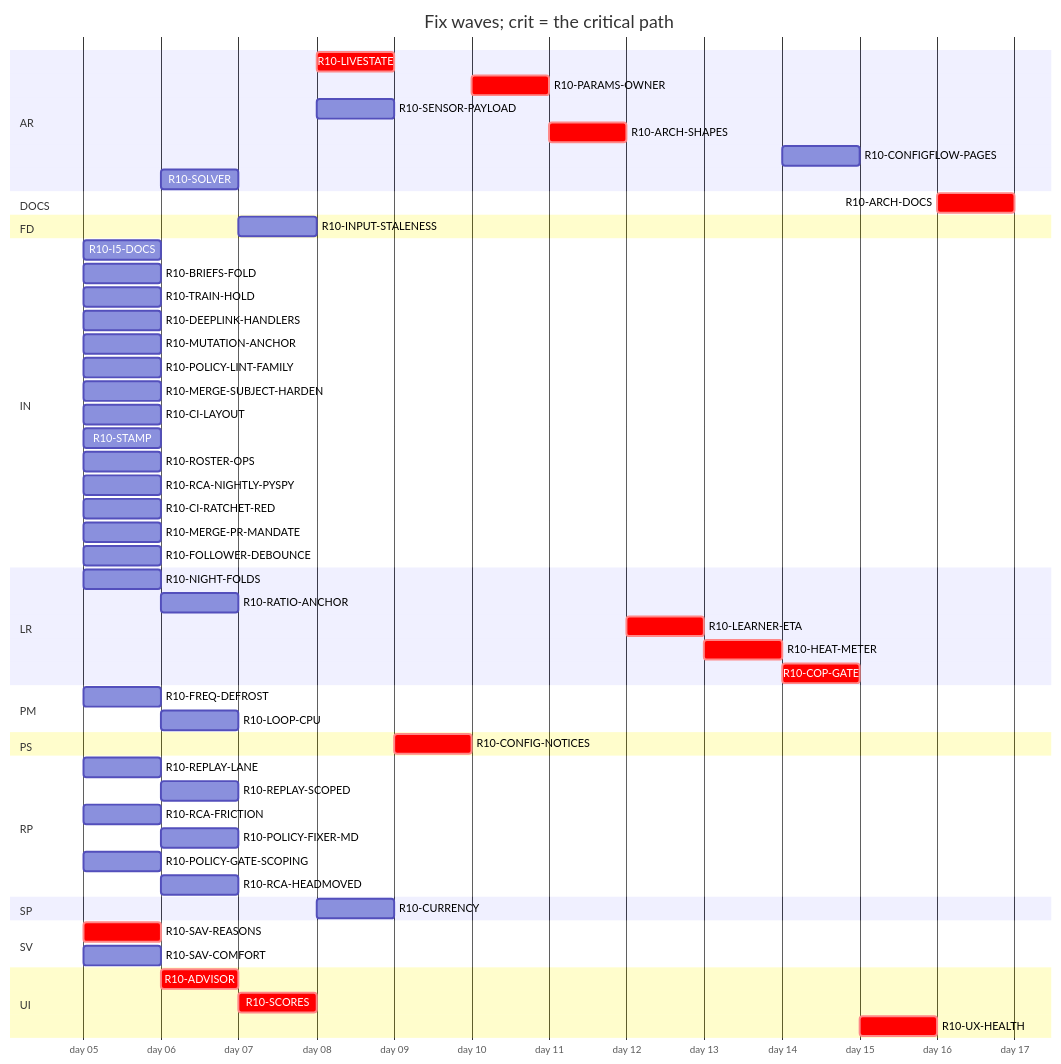
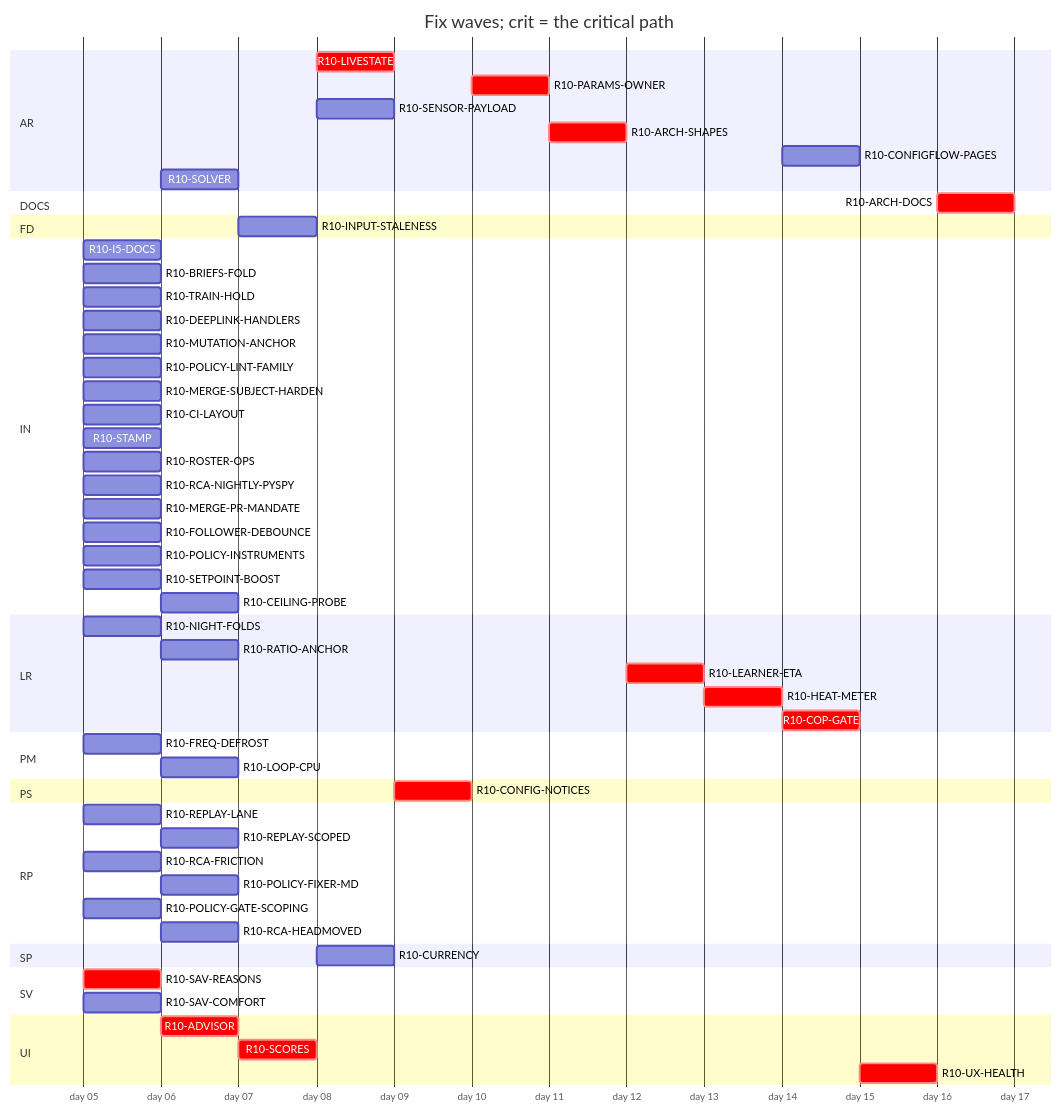
One commit to tvofi/heatpump_optimizer changed the diagram in handoff/round10/state/PLAN-TABLE.md. Above: the diagram before and after it, drawn with Mermaid. The commit also changed other lines of this file and 2 other files, not shown here.

````diff
--- a/handoff/round10/state/PLAN-TABLE.md
+++ b/handoff/round10/state/PLAN-TABLE.md
@@ -24,59 +24,61 @@
 ```mermaid
 gantt
   title Fix waves; crit = the critical path
   dateFormat YYYY-MM-DD
   axisFormat day %d
   section AR
     R10-LIVESTATE :crit, r10LIVESTATE, after r10SCORES, 1d
     R10-PARAMS-OWNER :crit, r10PARAMSOWNER, after r10CONFIGNOTICES, 1d
     R10-SENSOR-PAYLOAD :r10SENSORPAYLOAD, after r10SCORES, 1d
     R10-ARCH-SHAPES :crit, r10ARCHSHAPES, after r10PARAMSOWNER r10SENSORPAYLOAD r10FREQDEFROST, 1d
     R10-CONFIGFLOW-PAGES :r10CONFIGFLOWPAGES, after r10HEATMETER, 1d
     R10-SOLVER :r10SOLVER, after r10SAVREASONS, 1d
   section DOCS
     R10-ARCH-DOCS :crit, r10ARCHDOCS, after r10NIGHTFOLDS r10RATIOANCHOR r10INPUTSTALENESS r10CURRENCY r10FREQDEFROST r10LOOPCPU r10SAVREASONS r10ADVISOR r10SCORES r10LIVESTATE r10CONFIGNOTICES r10PARAMSOWNER r10SENSORPAYLOAD r10ARCHSHAPES r10LEARNERETA r10HEATMETER r10COPGATE r10UXHEALTH r10CONFIGFLOWPAGES r10SOLVER r10I5DOCS r10BRIEFSFOLD r10REPLAYLANE r10REPLAYSCOPED r10TRAINHOLD r10DEEPLINKHANDLERS, 1d
   section FD
     R10-INPUT-STALENESS :r10INPUTSTALENESS, after r10RATIOANCHOR, 1d
   section IN
     R10-I5-DOCS :r10I5DOCS, 2026-01-05, 1d
     R10-BRIEFS-FOLD :r10BRIEFSFOLD, 2026-01-05, 1d
     R10-TRAIN-HOLD :r10TRAINHOLD, 2026-01-05, 1d
     R10-DEEPLINK-HANDLERS :r10DEEPLINKHANDLERS, 2026-01-05, 1d
     R10-MUTATION-ANCHOR :r10MUTATIONANCHOR, 2026-01-05, 1d
     R10-POLICY-LINT-FAMILY :r10POLICYLINTFAMILY, 2026-01-05, 1d
     R10-MERGE-SUBJECT-HARDEN :r10MERGESUBJECTHARDEN, 2026-01-05, 1d
     R10-CI-LAYOUT :r10CILAYOUT, 2026-01-05, 1d
     R10-STAMP :r10STAMP, 2026-01-05, 1d
     R10-ROSTER-OPS :r10ROSTEROPS, 2026-01-05, 1d
     R10-RCA-NIGHTLY-PYSPY :r10RCANIGHTLYPYSPY, 2026-01-05, 1d
-    R10-CI-RATCHET-RED :r10CIRATCHETRED, 2026-01-05, 1d
     R10-MERGE-PR-MANDATE :r10MERGEPRMANDATE, 2026-01-05, 1d
     R10-FOLLOWER-DEBOUNCE :r10FOLLOWERDEBOUNCE, 2026-01-05, 1d
+    R10-POLICY-INSTRUMENTS :r10POLICYINSTRUMENTS, 2026-01-05, 1d
+    R10-SETPOINT-BOOST :r10SETPOINTBOOST, 2026-01-05, 1d
+    R10-CEILING-PROBE :r10CEILINGPROBE, after r10SETPOINTBOOST r10CILAYOUT r10NIGHTFOLDS, 1d
   section LR
     R10-NIGHT-FOLDS :r10NIGHTFOLDS, 2026-01-05, 1d
     R10-RATIO-ANCHOR :r10RATIOANCHOR, after r10NIGHTFOLDS, 1d
     R10-LEARNER-ETA :crit, r10LEARNERETA, after r10ARCHSHAPES, 1d
     R10-HEAT-METER :crit, r10HEATMETER, after r10LEARNERETA r10INPUTSTALENESS r10RATIOANCHOR, 1d
     R10-COP-GATE :crit, r10COPGATE, after r10HEATMETER r10SENSORPAYLOAD, 1d
   section PM
     R10-FREQ-DEFROST :r10FREQDEFROST, 2026-01-05, 1d
     R10-LOOP-CPU :r10LOOPCPU, after r10FREQDEFROST, 1d
   section PS
     R10-CONFIG-NOTICES :crit, r10CONFIGNOTICES, after r10LIVESTATE, 1d
   section RP
     R10-REPLAY-LANE :r10REPLAYLANE, 2026-01-05, 1d
     R10-REPLAY-SCOPED :r10REPLAYSCOPED, after r10REPLAYLANE r10TRAINHOLD, 1d
     R10-RCA-FRICTION :r10RCAFRICTION, 2026-01-05, 1d
     R10-POLICY-FIXER-MD :r10POLICYFIXERMD, after r10RCAFRICTION r10BRIEFSFOLD, 1d
     R10-POLICY-GATE-SCOPING :r10POLICYGATESCOPING, 2026-01-05, 1d
     R10-RCA-HEADMOVED :r10RCAHEADMOVED, after r10RCAFRICTION, 1d
   section SP
     R10-CURRENCY :r10CURRENCY, after r10INPUTSTALENESS, 1d
   section SV
     R10-SAV-REASONS :crit, r10SAVREASONS, 2026-01-05, 1d
     R10-SAV-COMFORT :r10SAVCOMFORT, 2026-01-05, 1d
   section UI
     R10-ADVISOR :crit, r10ADVISOR, after r10SAVREASONS, 1d
     R10-SCORES :crit, r10SCORES, after r10ADVISOR, 1d
     R10-UX-HEALTH :crit, r10UXHEALTH, after r10SCORES r10COPGATE r10HEATMETER, 1d
 ```
````
